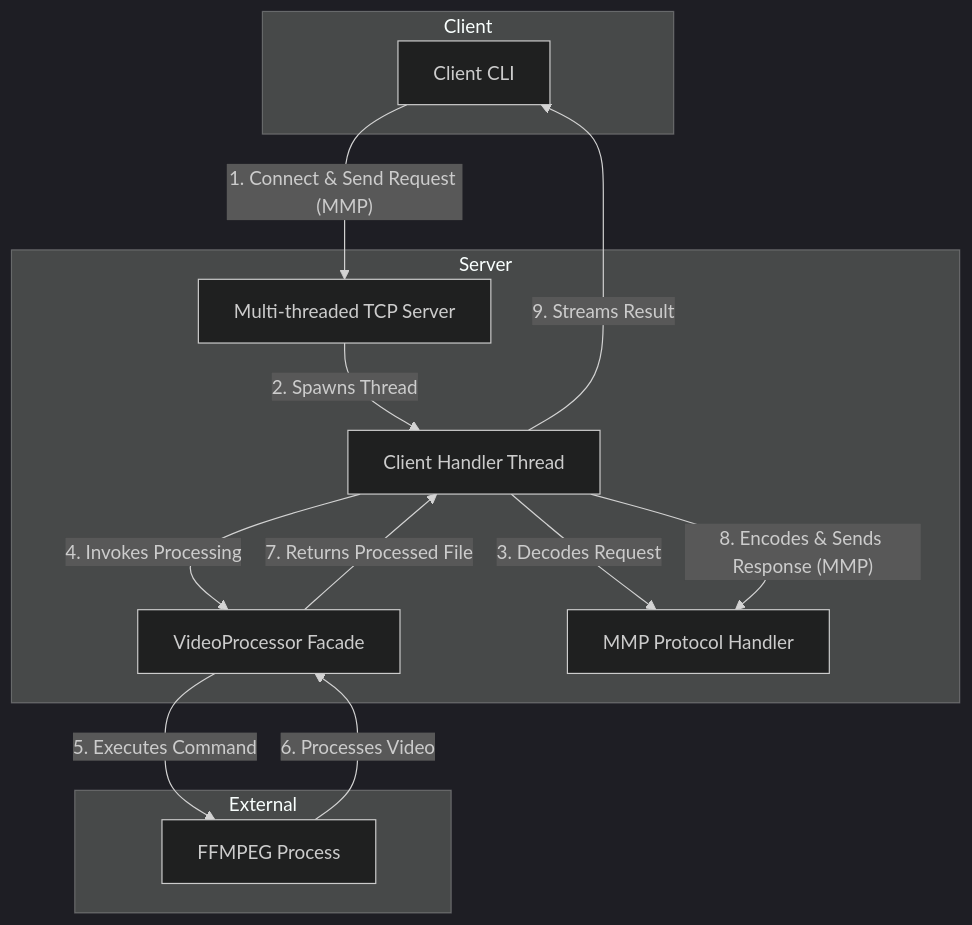
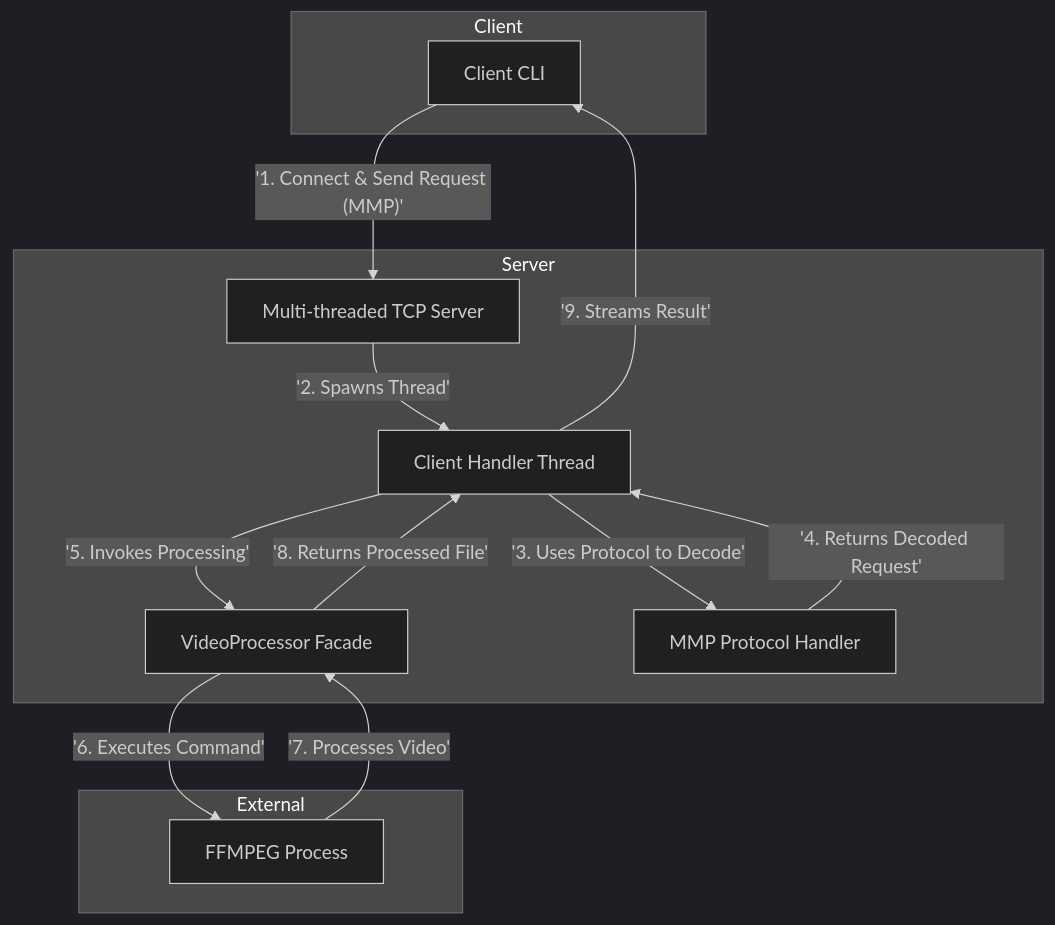
One commit to ksk-aiko/VideoCompressorService changed the diagram in README.md. Above: the diagram before and after it, drawn with Mermaid (dark theme).

Commit message:
Updated the flowchart in README.md to clarify the processing flow between the client and server.

````diff
--- a/README.md
+++ b/README.md
@@ -63,27 +63,27 @@
 ```mermaid
 graph TD
   subgraph Client
     CLI[Client CLI]
-  end
+    end
 
-  subgraph Server
+    subgraph Server
     TCPServer[Multi-threaded TCP Server]
     Handler[Client Handler Thread]
     Processor[VideoProcessor Facade]
     Protocol[MMP Protocol Handler]
-  end
+    end
 
-  subgraph External
+    subgraph External
     FFMPEG[FFMPEG Process]
-  end
+    end
 
-  CLI -- "1. Connect & Send Request (MMP)" --> TCPServer
-  TCPServer -- "2. Spawns Thread" --> Handler
-  Handler -- "3. Decodes Request" --> Protocol
-  Handler -- "4. Invokes Processing" --> Processor
-  Processor -- "5. Executes Command" --> FFMPEG
-  FFMPEG -- "6. Processes Video" --> Processor
-  Processor -- "7. Returns Processed File" --> Handler
-  Handler -- "8. Encodes & Sends Response (MMP)" --> Protocol
-  Handler -- "9. Streams Result" --> CLI
+    CLI -- '1. Connect & Send Request (MMP)' --> TCPServer
+    TCPServer -- '2. Spawns Thread' --> Handler
+    Handler -- '3. Uses Protocol to Decode' --> Protocol
+    Protocol -- '4. Returns Decoded Request' --> Handler
+    Handler -- '5. Invokes Processing' --> Processor
+    Processor -- '6. Executes Command' --> FFMPEG
+    FFMPEG -- '7. Processes Video' --> Processor
+    Processor -- '8. Returns Processed File' --> Handler
+    Handler -- '9. Streams Result' --> CLI
 ```
````
